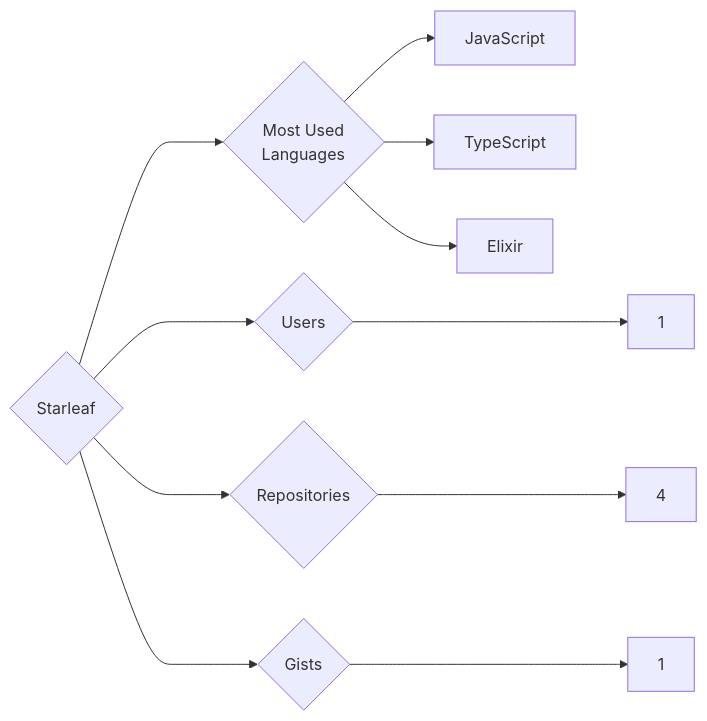
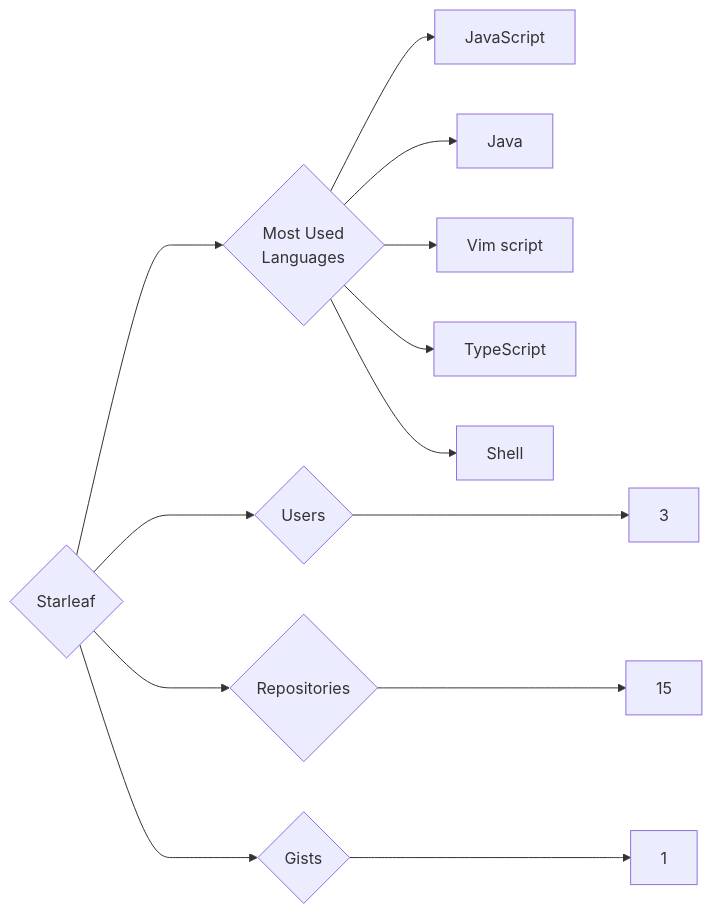
One commit to trickest/insiders changed the diagram in targets/Starleaf/README.md. Above: the diagram before and after it, drawn with Mermaid. The commit also changed 920 other files, not shown here.

````diff
--- a/targets/Starleaf/README.md
+++ b/targets/Starleaf/README.md
@@ -3,11 +3,13 @@
 ```mermaid
 graph LR
 COMPANY_NAME{Starleaf}
-COMPANY_NAME ---> U{Users} ---> UN[1]
-COMPANY_NAME ---> R{Repositories} ---> RN[4]
+COMPANY_NAME ---> U{Users} ---> UN[3]
+COMPANY_NAME ---> R{Repositories} ---> RN[15]
 COMPANY_NAME ---> G{Gists} ---> GN[1]
 COMPANY_NAME ---> ML{Most Used<br>Languages}
 ML --> JavaScript[JavaScript]
+ML --> Java[Java]
+ML --> Vim_script[Vim script]
 ML --> TypeScript[TypeScript]
-ML --> Elixir[Elixir]
+ML --> Shell[Shell]
 ```
````
